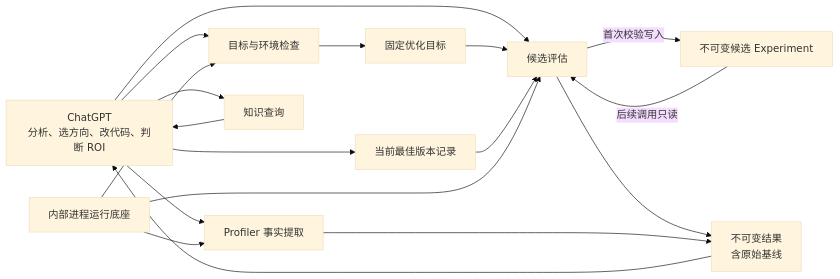
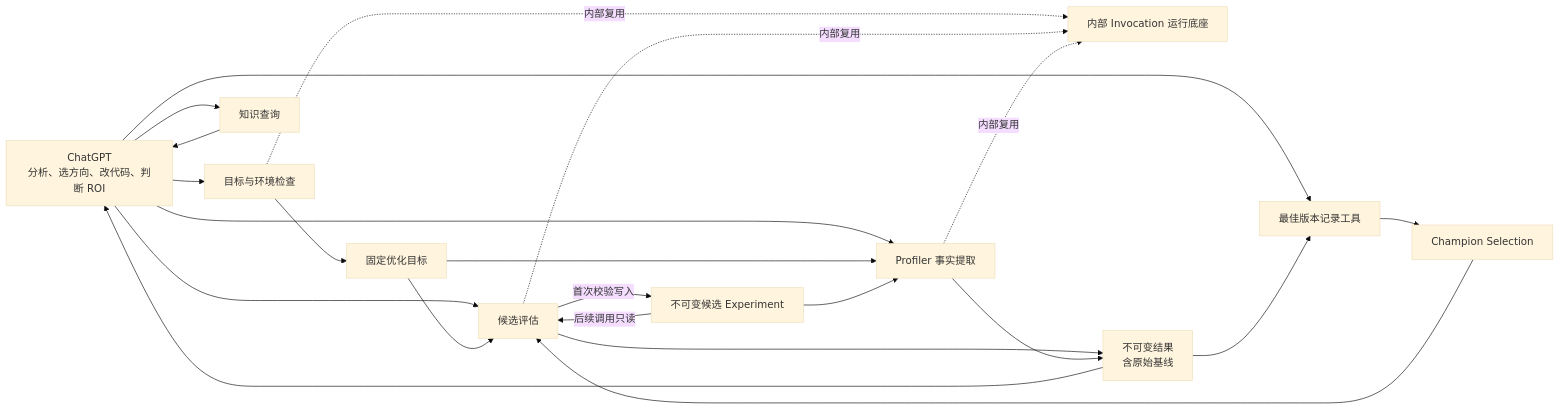
The first of 2 diagrams in docs/maintenance/v1.4-architecture-decision.md (troycheng/cuda-kernel-optimizer), drawn with Mermaid (base theme) before and after one commit. The commit also changed other lines of this file and 198 other files, not shown here.

````diff
--- a/docs/maintenance/v1.4-architecture-decision.md
+++ b/docs/maintenance/v1.4-architecture-decision.md
@@ -91,31 +91,36 @@
 ```mermaid
 flowchart LR
     chatgpt["ChatGPT<br/>分析、选方向、改代码、判断 ROI"]
     readiness["目标与环境检查"]
     evaluate["候选评估"]
     profiler["Profiler 事实提取"]
     knowledge["知识查询"]
-    runner["内部进程运行底座"]
+    champion_tool["最佳版本记录工具"]
+    runtime["内部 Invocation 运行底座"]
     target["固定优化目标"]
     experiment["不可变候选 Experiment"]
     results["不可变结果<br/>含原始基线"]
-    champion["当前最佳版本记录"]
+    champion["Champion Selection"]
 
     chatgpt --> readiness
     chatgpt --> evaluate
     chatgpt --> profiler
     chatgpt --> knowledge
+    chatgpt --> champion_tool
     readiness --> target
     target --> evaluate
+    target --> profiler
     evaluate -->|"首次校验写入"| experiment
     experiment -->|"后续调用只读"| evaluate
+    experiment --> profiler
     evaluate --> results
     profiler --> results
     results --> chatgpt
+    results --> champion_tool
     knowledge --> chatgpt
-    chatgpt --> champion
+    champion_tool --> champion
     champion --> evaluate
-    runner --> readiness
-    runner --> evaluate
-    runner --> profiler
+    readiness -.内部复用.-> runtime
+    evaluate -.内部复用.-> runtime
+    profiler -.内部复用.-> runtime
 ```
````
